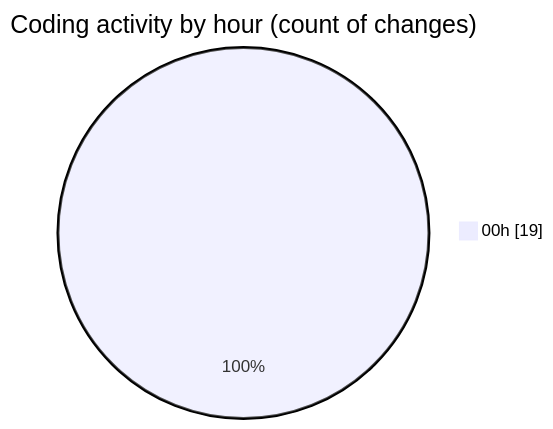
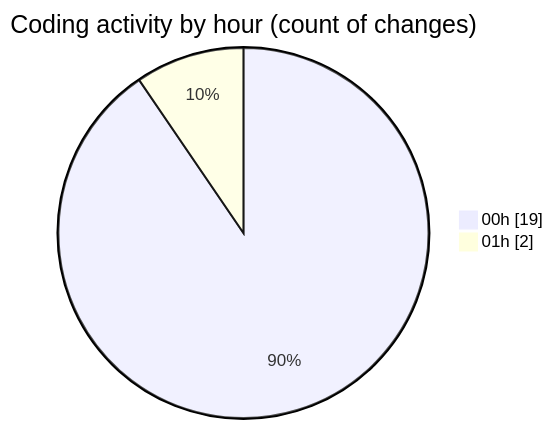
The second of 2 diagrams in 2025-12-11/technologie_web/README.md (hasnaa123/code-tracking), drawn with Mermaid before and after one commit. The commit also changed other lines of this file and 1 other file, not shown here.

````diff
--- a/2025-12-11/technologie_web/README.md
+++ b/2025-12-11/technologie_web/README.md
@@ -32,5 +33,6 @@
 ```mermaid
 pie showData
 title Coding activity by hour (count of changes)
 "00h" : 19
+"01h" : 2
 ```
````
